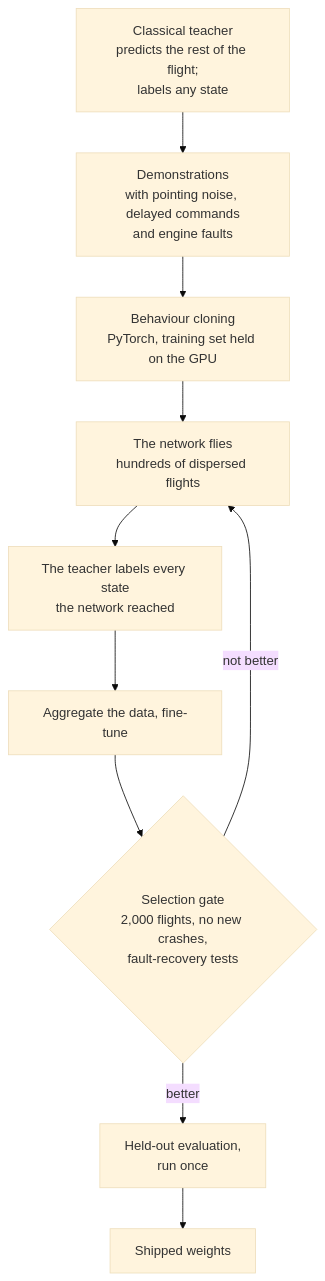
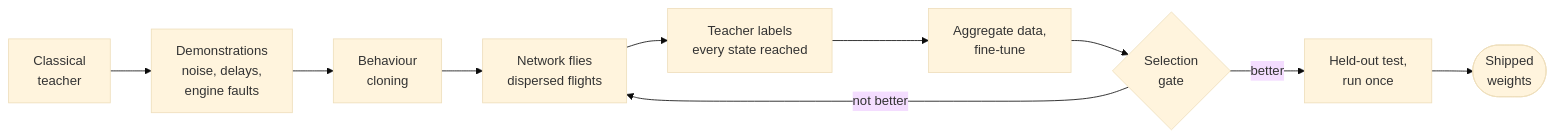
One commit to ishtiaq-ahmed-dev/rocket-mission-lab changed the third of 3 diagrams in README.md. Above: the diagram before and after it, drawn with Mermaid (base theme). The commit also changed other lines of this file and 1 other file, not shown here.

Commit message:
docs: compact training diagram; mark generated weights and vendored Three.js for language stats

````diff
--- a/README.md
+++ b/README.md
@@ -111,12 +111,7 @@
 ```mermaid
-flowchart TD
-    T["Classical teacher<br/>predicts the rest of the flight;<br/>labels any state"] --> D["Demonstrations<br/>with pointing noise, delayed commands<br/>and engine faults"]
-    D --> BC["Behaviour cloning<br/>PyTorch, training set held on the GPU"]
-    BC --> FLY["The network flies<br/>hundreds of dispersed flights"]
-    FLY --> LAB["The teacher labels every state<br/>the network reached"]
-    LAB --> FT["Aggregate the data, fine-tune"]
-    FT --> G{"Selection gate<br/>2,000 flights, no new crashes,<br/>fault-recovery tests"}
+flowchart LR
+    T["Classical<br/>teacher"] --> D["Demonstrations<br/>noise, delays,<br/>engine faults"] --> BC["Behaviour<br/>cloning"] --> FLY["Network flies<br/>dispersed flights"]
+    FLY --> LAB["Teacher labels<br/>every state reached"] --> FT["Aggregate data,<br/>fine-tune"] --> G{"Selection<br/>gate"}
     G -- "not better" --> FLY
-    G -- "better" --> HO["Held-out evaluation,<br/>run once"]
-    HO --> SHIP["Shipped weights"]
+    G -- "better" --> HO["Held-out test,<br/>run once"] --> SHIP(["Shipped<br/>weights"])
 ```
````
